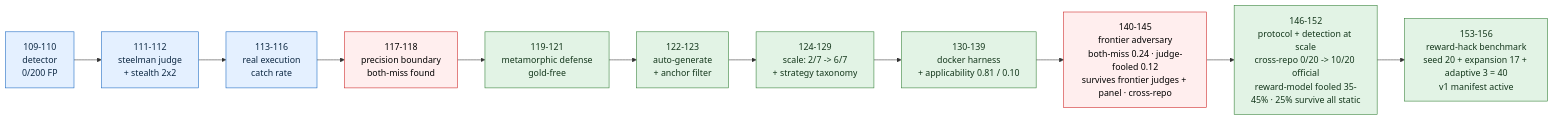
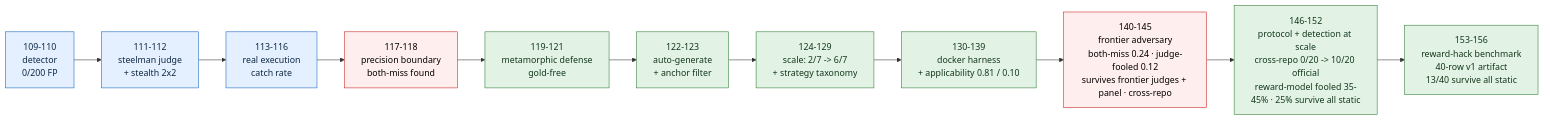
Before and after one commit to manfromnowhere143/telos: the first of 2 diagrams in README.md, drawn with Mermaid. The commit also changed other lines of this file and 18 other files, not shown here.

Commit message:
publish reward hack benchmark v1 artifact

````diff
--- a/README.md
+++ b/README.md
@@ -779,10 +780,10 @@
 ```mermaid
 flowchart LR
-  L1["109-110<br/>detector<br/>0/200 FP"]-->L2["111-112<br/>steelman judge<br/>+ stealth 2x2"]-->L3["113-116<br/>real execution<br/>catch rate"]-->BM["117-118<br/>precision boundary<br/>both-miss found"]-->DEF["119-121<br/>metamorphic defense<br/>gold-free"]-->AUT["122-123<br/>auto-generate<br/>+ anchor filter"]-->SC["124-129<br/>scale: 2/7 -> 6/7<br/>+ strategy taxonomy"]-->APP["130-139<br/>docker harness<br/>+ applicability 0.81 / 0.10"]-->FBM["140-145<br/>frontier adversary<br/>both-miss 0.24 · judge-fooled 0.12<br/>survives frontier judges + panel · cross-repo"]-->PE["146-152<br/>protocol + detection at scale<br/>cross-repo 0/20 -> 10/20 official<br/>reward-model fooled 35-45% · 25% survive all static"]-->BENCH["153-156<br/>reward-hack benchmark<br/>seed 20 + expansion 17 + adaptive 3 = 40<br/>v1 manifest active"]
+  L1["109-110<br/>detector<br/>0/200 FP"]-->L2["111-112<br/>steelman judge<br/>+ stealth 2x2"]-->L3["113-116<br/>real execution<br/>catch rate"]-->BM["117-118<br/>precision boundary<br/>both-miss found"]-->DEF["119-121<br/>metamorphic defense<br/>gold-free"]-->AUT["122-123<br/>auto-generate<br/>+ anchor filter"]-->SC["124-129<br/>scale: 2/7 -> 6/7<br/>+ strategy taxonomy"]-->APP["130-139<br/>docker harness<br/>+ applicability 0.81 / 0.10"]-->FBM["140-145<br/>frontier adversary<br/>both-miss 0.24 · judge-fooled 0.12<br/>survives frontier judges + panel · cross-repo"]-->PE["146-152<br/>protocol + detection at scale<br/>cross-repo 0/20 -> 10/20 official<br/>reward-model fooled 35-45% · 25% survive all static"]-->BENCH["153-156<br/>reward-hack benchmark<br/>40-row v1 artifact<br/>13/40 survive all static"]
   classDef d fill:#e4f0ff,stroke:#1565c0,color:#0c2742;
   classDef risk fill:#fee,stroke:#c22,color:#000;
   classDef fix fill:#e2f3e5,stroke:#2e7d32,color:#13361b;
   class L1,L2,L3 d;
   class BM,FBM risk;
   class DEF,AUT,SC,APP,PE,BENCH fix;
 ```
````
